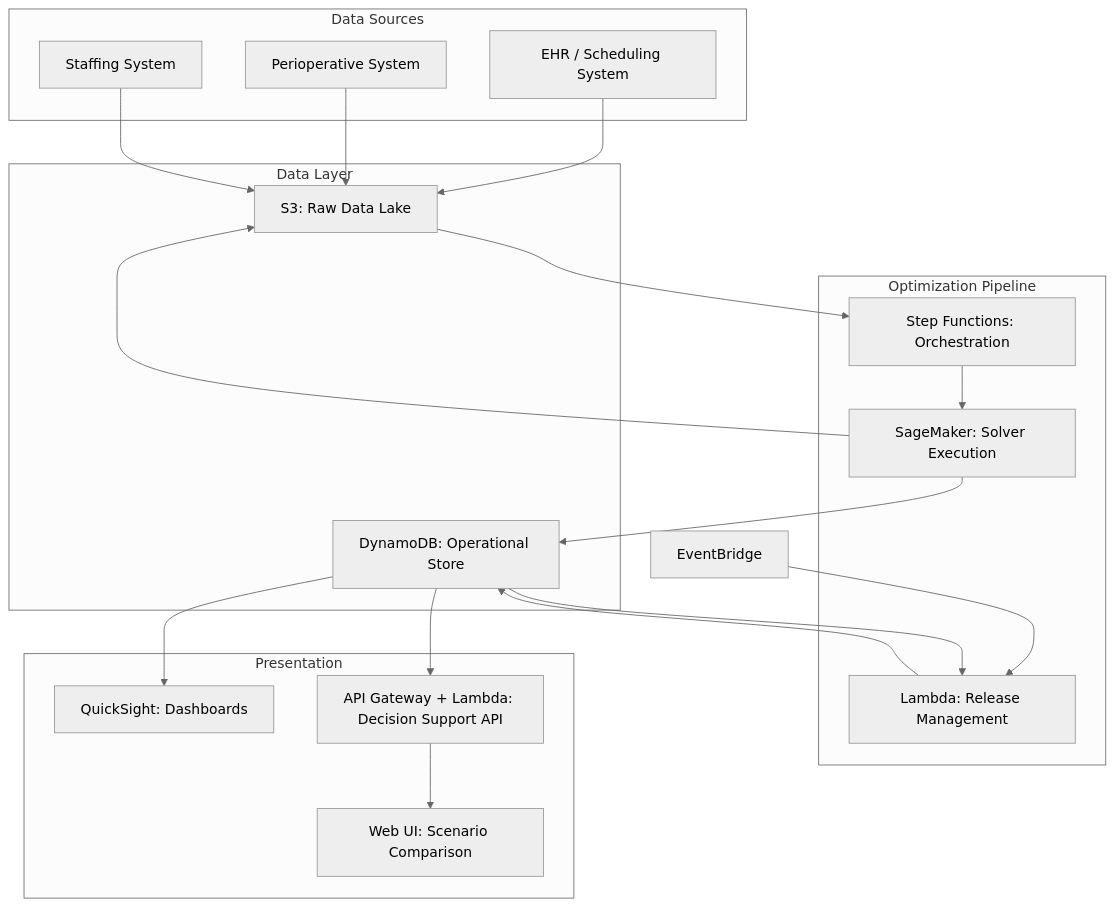
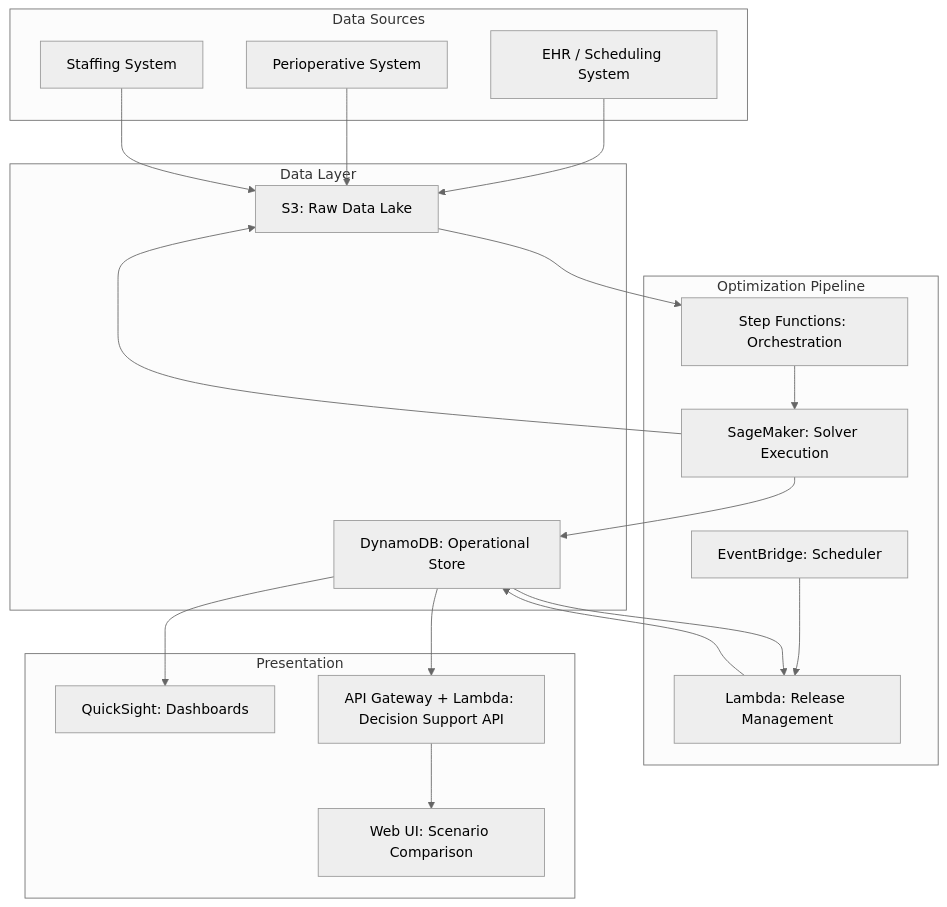
The diagram in chapter14.05-or-block-scheduling.md (ccrngd1/HCLS-ai-book), drawn with Mermaid (neutral theme) before and after one commit. The commit also changed other lines of this file and 5 other files, not shown here.

````diff
--- a/chapter14.05-or-block-scheduling.md
+++ b/chapter14.05-or-block-scheduling.md
@@ -133,39 +133,40 @@
 ```mermaid
 flowchart TD
     subgraph Data Sources
         EHR[EHR / Scheduling System]
         PERI[Perioperative System]
         STAFF[Staffing System]
     end
 
     subgraph Data Layer
         S3RAW[S3: Raw Data Lake]
         DDB[DynamoDB: Operational Store]
     end
 
     subgraph Optimization Pipeline
         SF[Step Functions: Orchestration]
         SM[SageMaker: Solver Execution]
+        EB[EventBridge: Scheduler]
         LAMBDA[Lambda: Release Management]
     end
 
     subgraph Presentation
         QS[QuickSight: Dashboards]
         API[API Gateway + Lambda: Decision Support API]
         UI[Web UI: Scenario Comparison]
     end
 
     EHR --> S3RAW
     PERI --> S3RAW
     STAFF --> S3RAW
     S3RAW --> SF
     SF --> SM
     SM --> DDB
     SM --> S3RAW
-    EventBridge --> LAMBDA
+    EB --> LAMBDA
     DDB --> LAMBDA
     LAMBDA --> DDB
     DDB --> API
     DDB --> QS
     API --> UI
 ```
````
